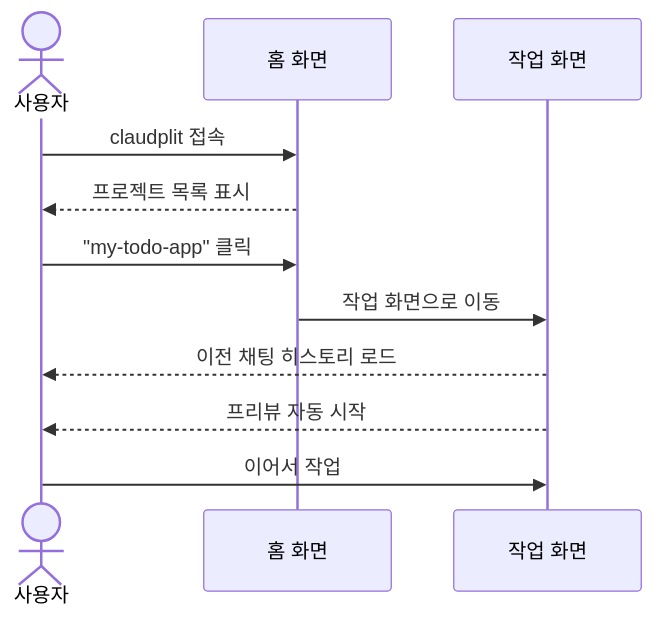
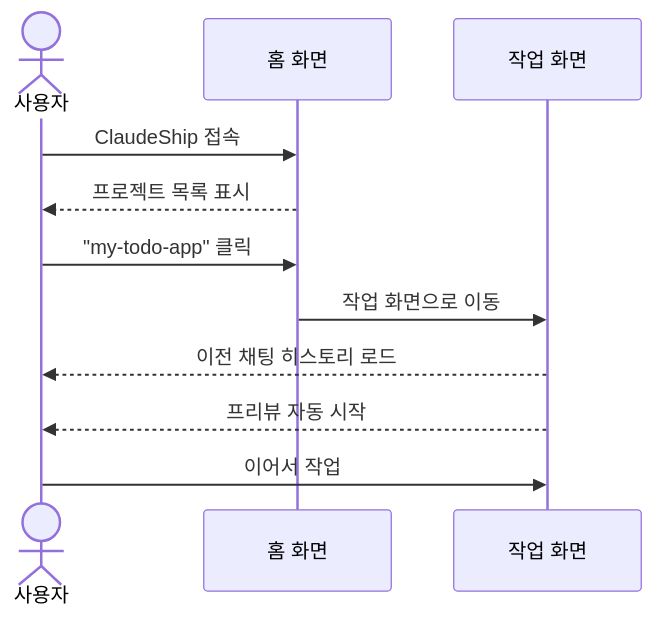
The third of 10 diagrams in design/frontend/001-feature-design.md (Nicered/ClaudeShip), drawn with Mermaid before and after one commit. The commit also changed other lines of this file and 38 other files, not shown here.

````diff
--- a/design/frontend/001-feature-design.md
+++ b/design/frontend/001-feature-design.md
@@ -77,14 +77,14 @@
 ```mermaid
 sequenceDiagram
     actor U as 사용자
     participant H as 홈 화면
     participant W as 작업 화면
 
-    U->>H: claudplit 접속
+    U->>H: ClaudeShip 접속
     H-->>U: 프로젝트 목록 표시
     U->>H: "my-todo-app" 클릭
     H->>W: 작업 화면으로 이동
     W-->>U: 이전 채팅 히스토리 로드
     W-->>U: 프리뷰 자동 시작
     U->>W: 이어서 작업
 ```
````
